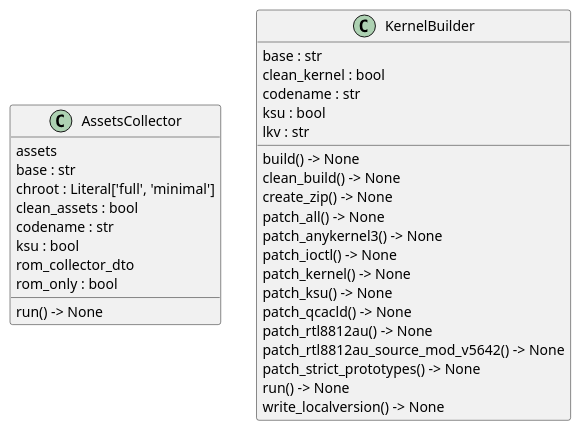
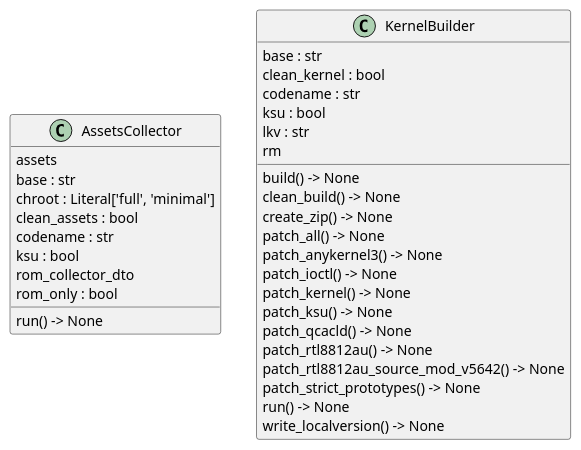
The diagram in docs/architecture/core/classes.puml (seppzer0/zero_kernel), drawn with PlantUML before and after one commit. The commit also changed 13 other files, not shown here.

```diff
--- a/docs/architecture/core/classes.puml
+++ b/docs/architecture/core/classes.puml
@@ -1,35 +1,36 @@
 @startuml classes
 set namespaceSeparator none
 class "AssetsCollector" as core.assets_collector.AssetsCollector {
   assets
   base : str
   chroot : Literal['full', 'minimal']
   clean_assets : bool
   codename : str
   ksu : bool
   rom_collector_dto
   rom_only : bool
   run() -> None
 }
 class "KernelBuilder" as core.kernel_builder.KernelBuilder {
   base : str
   clean_kernel : bool
   codename : str
   ksu : bool
   lkv : str
+  rm
   build() -> None
   clean_build() -> None
   create_zip() -> None
   patch_all() -> None
   patch_anykernel3() -> None
   patch_ioctl() -> None
   patch_kernel() -> None
   patch_ksu() -> None
   patch_qcacld() -> None
   patch_rtl8812au() -> None
   patch_rtl8812au_source_mod_v5642() -> None
   patch_strict_prototypes() -> None
   run() -> None
   write_localversion() -> None
 }
 @enduml
```
